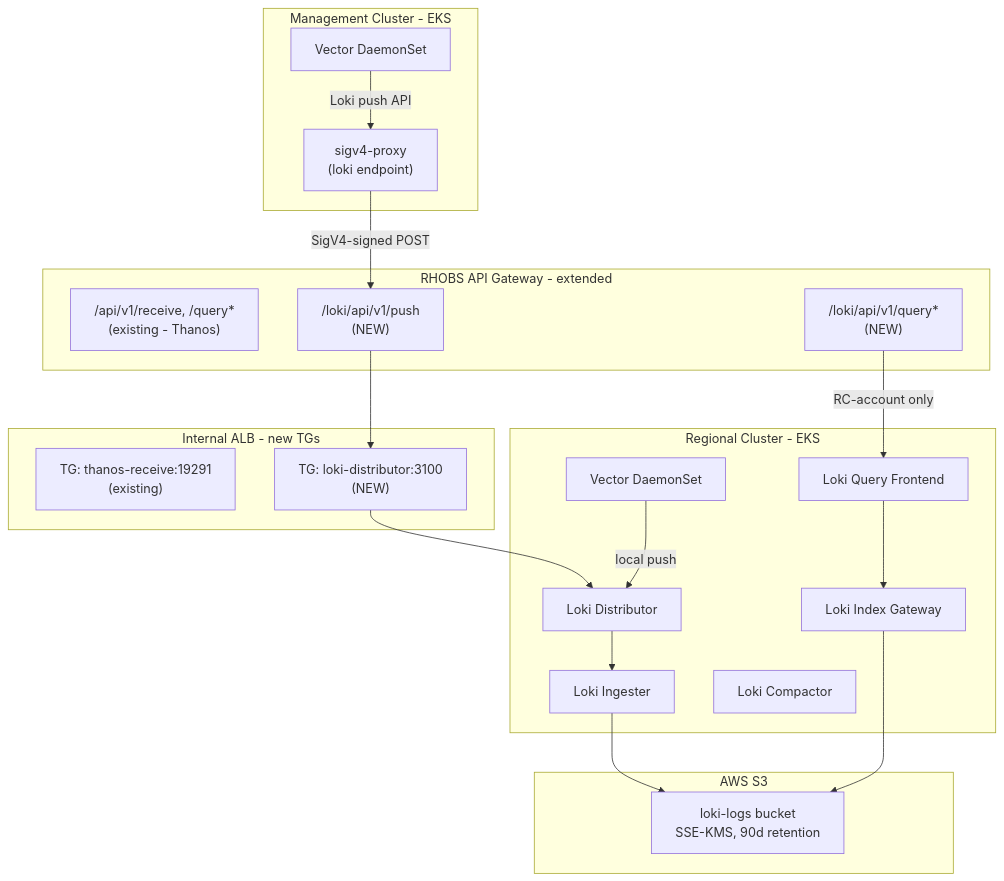
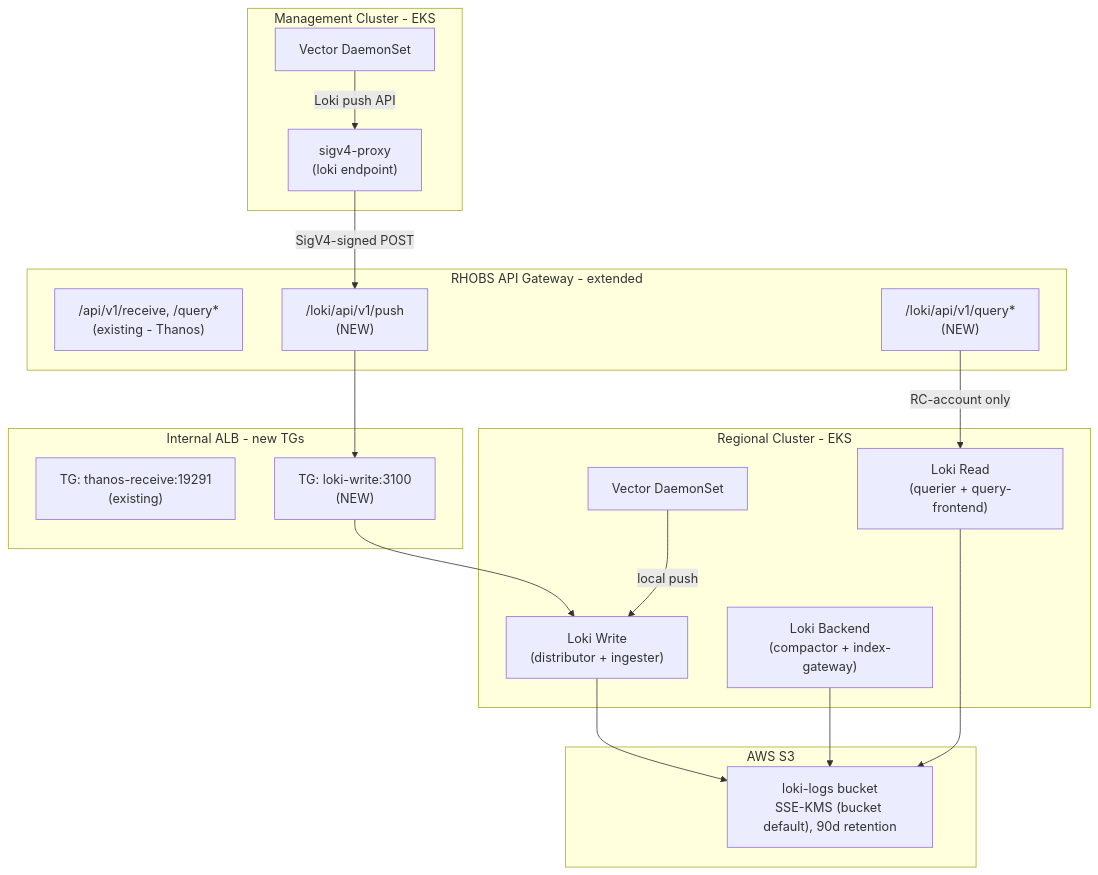
Before and after one commit to rosa-regional-platform-ci/rosa-regional-platform: the diagram in docs/design/loki-logs-infrastructure.md, drawn with Mermaid. The commit also changed other lines of this file and 30 other files, not shown here.

First line of the commit message:
feat(loki): replace loki-operator with upstream grafana/loki Helm chart

````diff
--- a/docs/design/loki-logs-infrastructure.md
+++ b/docs/design/loki-logs-infrastructure.md
@@ -30,42 +30,40 @@
 ```mermaid
 graph TB
     subgraph MC["Management Cluster - EKS"]
         VectorMC["Vector DaemonSet"]
         SigV4MC["sigv4-proxy<br/>(loki endpoint)"]
         VectorMC -->|"Loki push API"| SigV4MC
     end
 
     subgraph APIGW["RHOBS API Gateway - extended"]
         ThanosPaths["/api/v1/receive, /query*<br/>(existing - Thanos)"]
         LokiPush["/loki/api/v1/push<br/>(NEW)"]
         LokiQuery["/loki/api/v1/query*<br/>(NEW)"]
     end
 
     subgraph ALB["Internal ALB - new TGs"]
         ThanosRecvTG["TG: thanos-receive:19291<br/>(existing)"]
-        LokiDistTG["TG: loki-distributor:3100<br/>(NEW)"]
+        LokiDistTG["TG: loki-write:3100<br/>(NEW)"]
     end
 
     subgraph RC["Regional Cluster - EKS"]
         VectorRC["Vector DaemonSet"]
-        LokiDist["Loki Distributor"]
-        LokiIng["Loki Ingester"]
-        LokiQF["Loki Query Frontend"]
-        LokiIdx["Loki Index Gateway"]
-        LokiComp["Loki Compactor"]
-        VectorRC -->|"local push"| LokiDist
-        LokiDist --> LokiIng
+        LokiWrite["Loki Write<br/>(distributor + ingester)"]
+        LokiRead["Loki Read<br/>(querier + query-frontend)"]
+        LokiBackend["Loki Backend<br/>(compactor + index-gateway)"]
+        VectorRC -->|"local push"| LokiWrite
     end
 
     subgraph S3["AWS S3"]
-        LokiBucket["loki-logs bucket<br/>SSE-KMS, 90d retention"]
+        LokiBucket["loki-logs bucket<br/>SSE-KMS (bucket default), 90d retention"]
     end
 
     SigV4MC -->|"SigV4-signed POST"| LokiPush
     LokiPush --> LokiDistTG
-    LokiDistTG --> LokiDist
-    LokiIng --> LokiBucket
-    LokiQF --> LokiIdx --> LokiBucket
+    LokiDistTG --> LokiWrite
+    LokiWrite --> LokiBucket
+    LokiRead --> LokiBucket
+    LokiBackend --> LokiBucket
 
-    LokiQuery -->|"RC-account only"| LokiQF
+    LokiQuery -->|"RC-account only"| LokiRead
 ```
````
